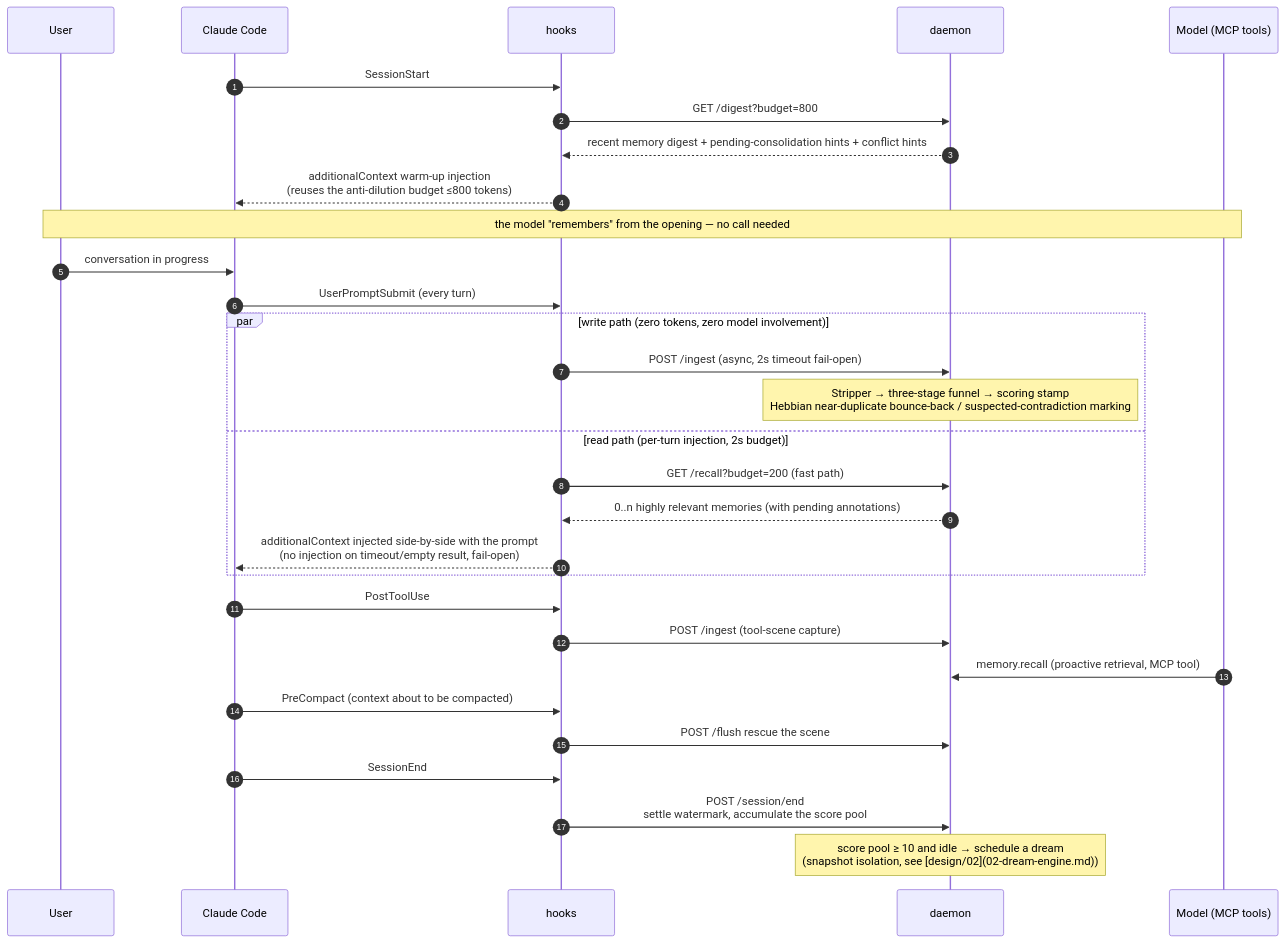
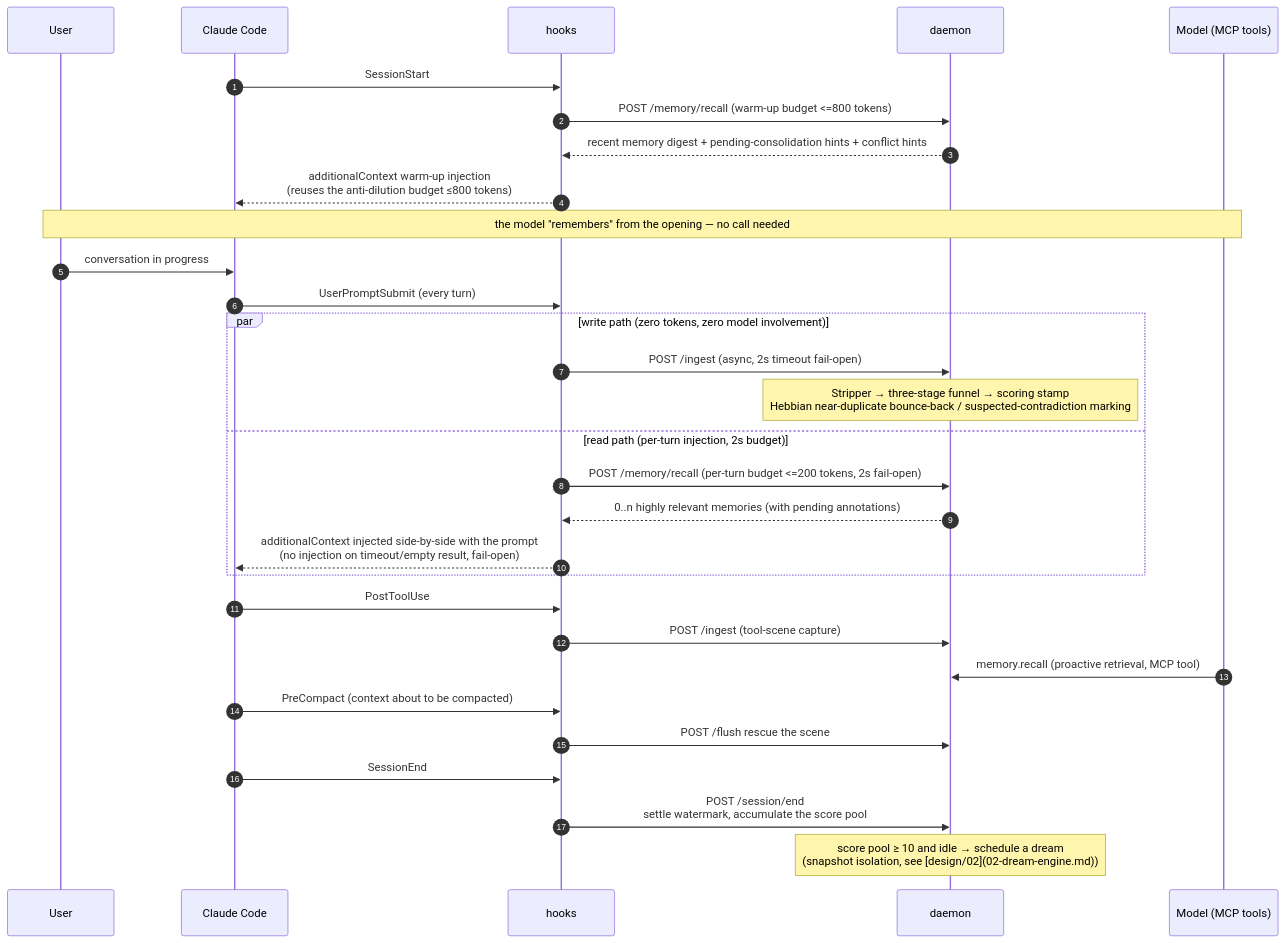
One commit to MnemoSeed/mnemoseed changed the fifth of 5 diagrams in docs/design/06-host-integration.md. Above: the diagram before and after it, drawn with Mermaid. The commit also changed other lines of this file and 18 other files, not shown here.

````diff
--- a/docs/design/06-host-integration.md
+++ b/docs/design/06-host-integration.md
@@ -217,33 +217,33 @@
 ```mermaid
 sequenceDiagram
     autonumber
     participant U as User
     participant CC as Claude Code
     participant HK as hooks
     participant D as daemon
     participant M as Model (MCP tools)
 
     CC->>HK: SessionStart
-    HK->>D: GET /digest?budget=800
+    HK->>D: POST /memory/recall (warm-up budget <=800 tokens)
     D-->>HK: recent memory digest + pending-consolidation hints + conflict hints
     HK-->>CC: additionalContext warm-up injection<br/>(reuses the anti-dilution budget ≤800 tokens)
     Note over U,M: the model "remembers" from the opening — no call needed
     U->>CC: conversation in progress
     CC->>HK: UserPromptSubmit (every turn)
     par write path (zero tokens, zero model involvement)
         HK->>D: POST /ingest (async, 2s timeout fail-open)
         Note over D: Stripper → three-stage funnel → scoring stamp<br/>Hebbian near-duplicate bounce-back / suspected-contradiction marking
     and read path (per-turn injection, 2s budget)
-        HK->>D: GET /recall?budget=200 (fast path)
+        HK->>D: POST /memory/recall (per-turn budget <=200 tokens, 2s fail-open)
         D-->>HK: 0..n highly relevant memories (with pending annotations)
         HK-->>CC: additionalContext injected side-by-side with the prompt<br/>(no injection on timeout/empty result, fail-open)
     end
     CC->>HK: PostToolUse
     HK->>D: POST /ingest (tool-scene capture)
     M->>D: memory.recall (proactive retrieval, MCP tool)
     CC->>HK: PreCompact (context about to be compacted)
     HK->>D: POST /flush rescue the scene
     CC->>HK: SessionEnd
     HK->>D: POST /session/end<br/>settle watermark, accumulate the score pool
     Note over D: score pool ≥ 10 and idle → schedule a dream<br/>(snapshot isolation, see [design/02](02-dream-engine.md))
 ```
````
